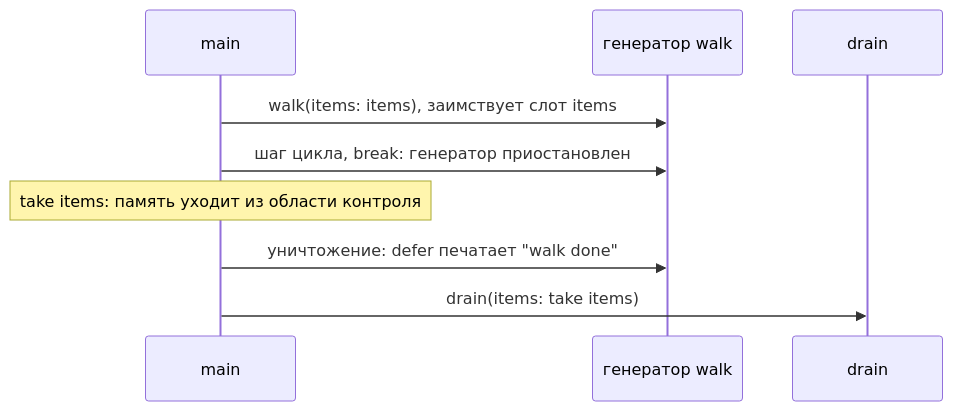
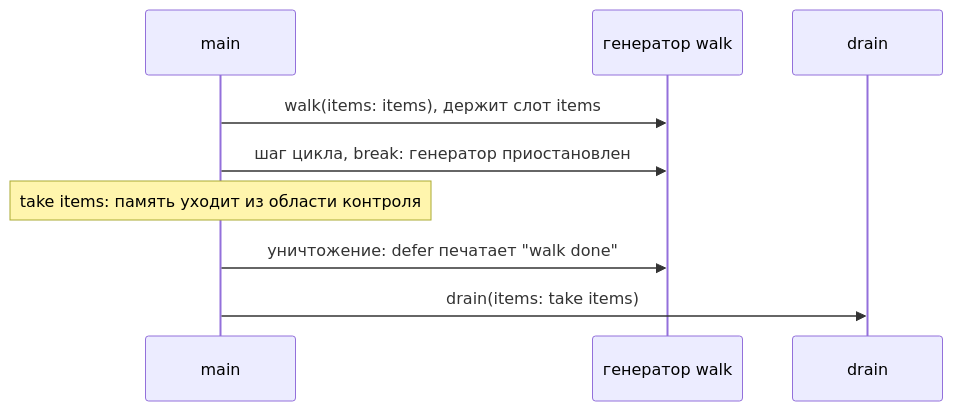
Before and after one commit to efen-lang/efen: the ninth of 10 diagrams in docs/efen/memory/flow-algorithm.md, drawn with Mermaid. The commit also changed other lines of this file and 10 other files, not shown here.

````diff
--- a/docs/efen/memory/flow-algorithm.md
+++ b/docs/efen/memory/flow-algorithm.md
@@ -373,11 +374,11 @@
 ```mermaid
 sequenceDiagram
     participant main
     participant walker as генератор walk
     participant drain
-    main->>walker: walk(items: items), заимствует слот items
+    main->>walker: walk(items: items), держит слот items
     main->>walker: шаг цикла, break: генератор приостановлен
     Note over main: take items: память уходит из области контроля
     main->>walker: уничтожение: defer печатает "walk done"
     main->>drain: drain(items: take items)
 ```
````
